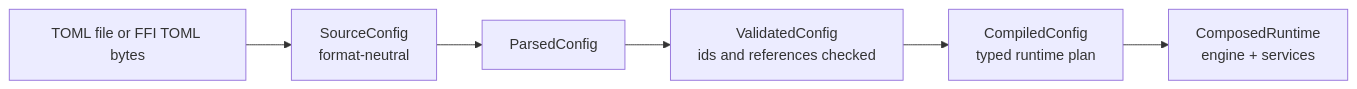
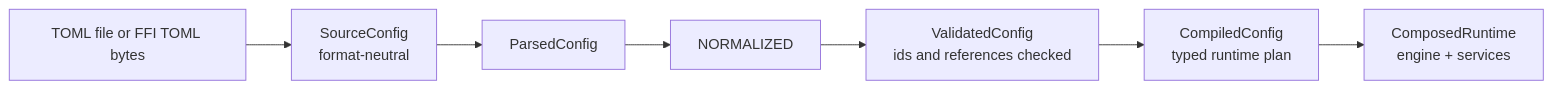
The third of 9 diagrams in docs/current-architecture.md (loafman1120/RustBox), drawn with Mermaid before and after one commit. The commit also changed other lines of this file and 28 other files, not shown here.

````diff
--- a/docs/current-architecture.md
+++ b/docs/current-architecture.md
@@ -277,11 +279,11 @@
 ```mermaid
 flowchart LR
     FILE["TOML file or FFI TOML bytes"]
     SOURCE["SourceConfig\nformat-neutral"]
     PARSED["ParsedConfig"]
     VALIDATED["ValidatedConfig\nids and references checked"]
     COMPILED["CompiledConfig\ntyped runtime plan"]
     COMPOSED["ComposedRuntime\nengine + services"]
 
-    FILE --> SOURCE --> PARSED --> VALIDATED --> COMPILED --> COMPOSED
+    FILE --> SOURCE --> PARSED --> NORMALIZED --> VALIDATED --> COMPILED --> COMPOSED
 ```
````
